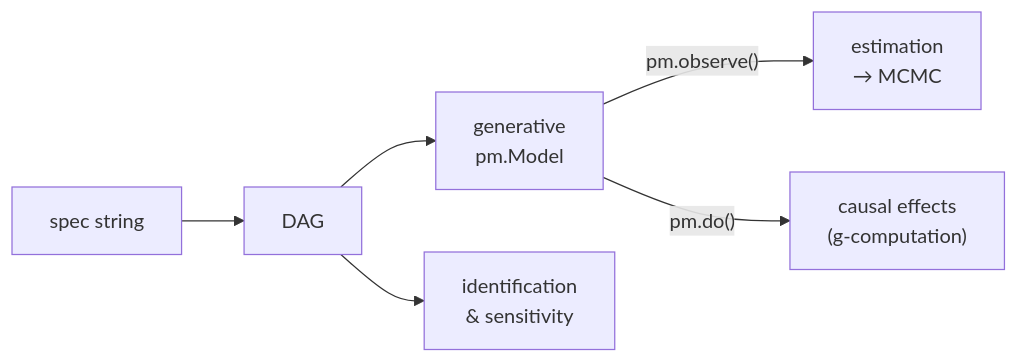
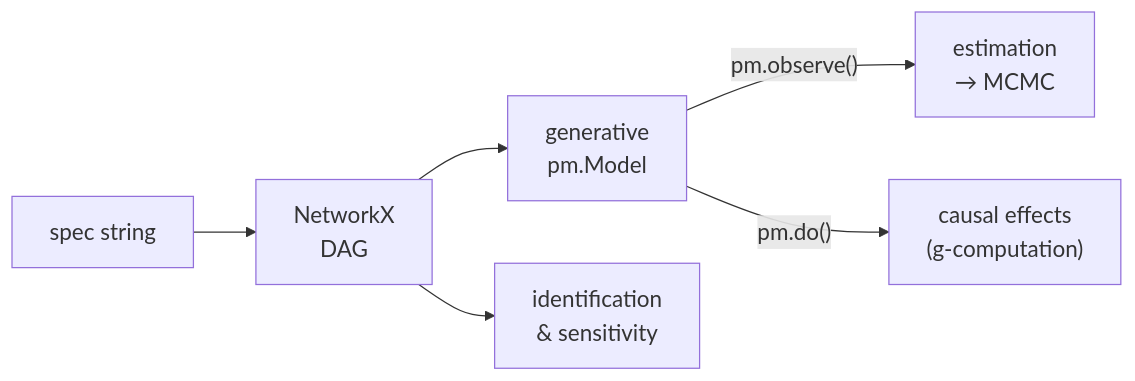
Before and after one commit to pymc-labs/pathmc: the first of 3 diagrams in docs/how-it-works.qmd, drawn with Mermaid.

Commit message:
Docs: Fix mermaid line breaks and increase font size in quick overview (#67)
Use <br/> instead of \n for mermaid line breaks, bump font to 18px,
and label the DAG node as "NetworkX DAG".

Made-with: Cursor

````diff
--- a/docs/how-it-works.qmd
+++ b/docs/how-it-works.qmd
@@ -10,8 +10,9 @@
 ```{mermaid}
+%%{init: {'theme': 'default', 'themeVariables': {'fontSize': '18px'}}}%%
 flowchart LR
-    A["spec string"] --> B["DAG"]
-    B --> C["generative\npm.Model"]
-    C -->|"pm.observe()"| D["estimation\n→ MCMC"]
-    C -->|"pm.do()"| E["causal effects\n(g-computation)"]
-    B --> F["identification\n& sensitivity"]
+    A["spec string"] --> B["NetworkX<br/>DAG"]
+    B --> C["generative<br/>pm.Model"]
+    C -->|"pm.observe()"| D["estimation<br/>→ MCMC"]
+    C -->|"pm.do()"| E["causal effects<br/>(g-computation)"]
+    B --> F["identification<br/>& sensitivity"]
 ```
````
